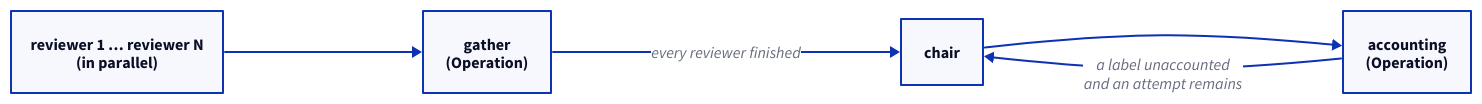
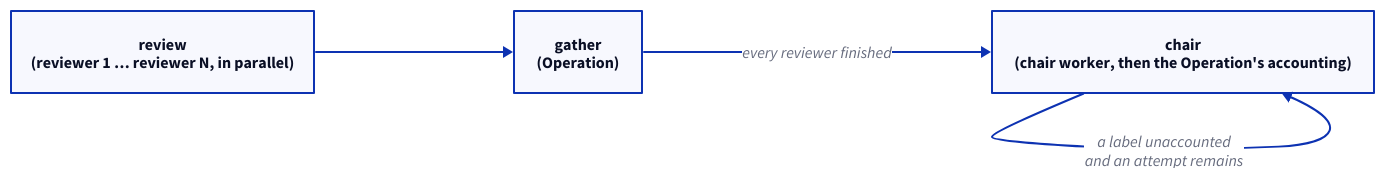
The diagram in specs/concorde/spec-tooling/spec-review/panel.md (FTOD/concorde), drawn with D2 before and after one commit. The commit also changed other lines of this file and 90 other files, not shown here.

````diff
--- a/specs/concorde/spec-tooling/spec-review/panel.md
+++ b/specs/concorde/spec-tooling/spec-review/panel.md
@@ -44,11 +44,9 @@
 ```d2 illustrative
 direction: right
-reviewers: "reviewer 1 … reviewer N\n(in parallel)"
+review: "review\n(reviewer 1 … reviewer N, in parallel)"
 gather: "gather\n(Operation)"
-chair: "chair"
-account: "accounting\n(Operation)"
-reviewers -> gather
+chair: "chair\n(chair worker, then the Operation's accounting)"
+review -> gather
 gather -> chair: every reviewer finished
-chair -> account
-account -> chair: "a label unaccounted\nand an attempt remains"
+chair -> chair: "a label unaccounted\nand an attempt remains"
 ```
````
